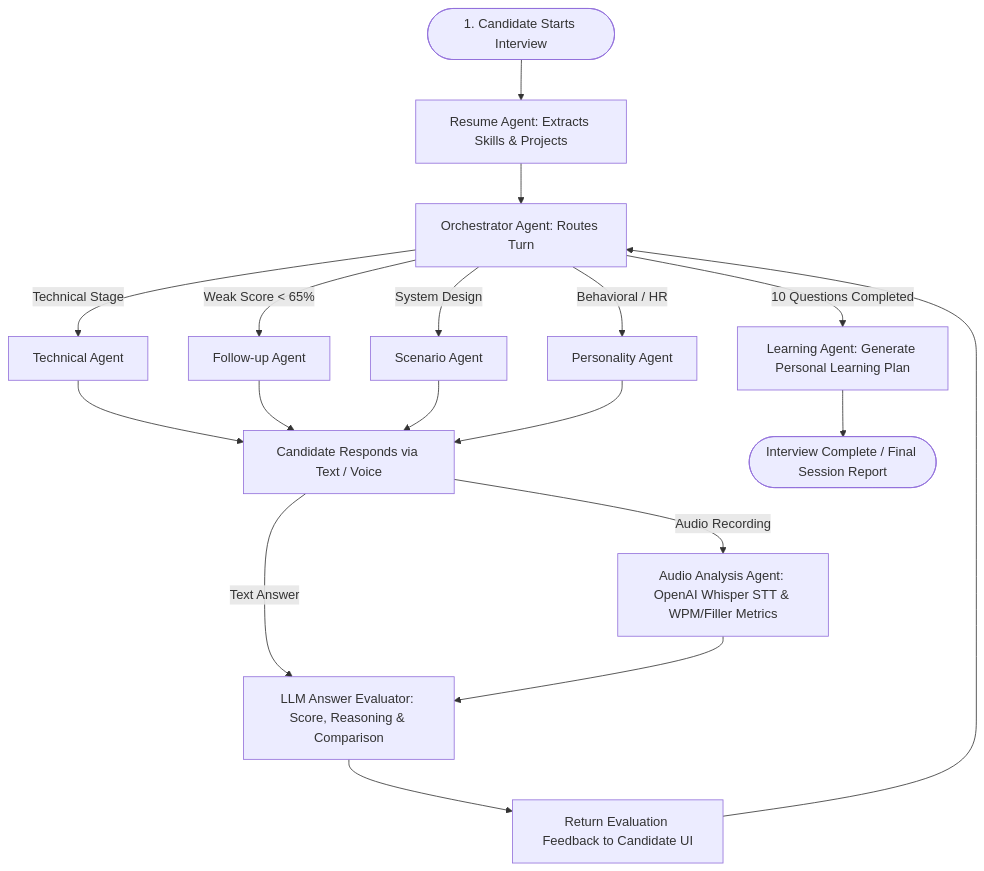
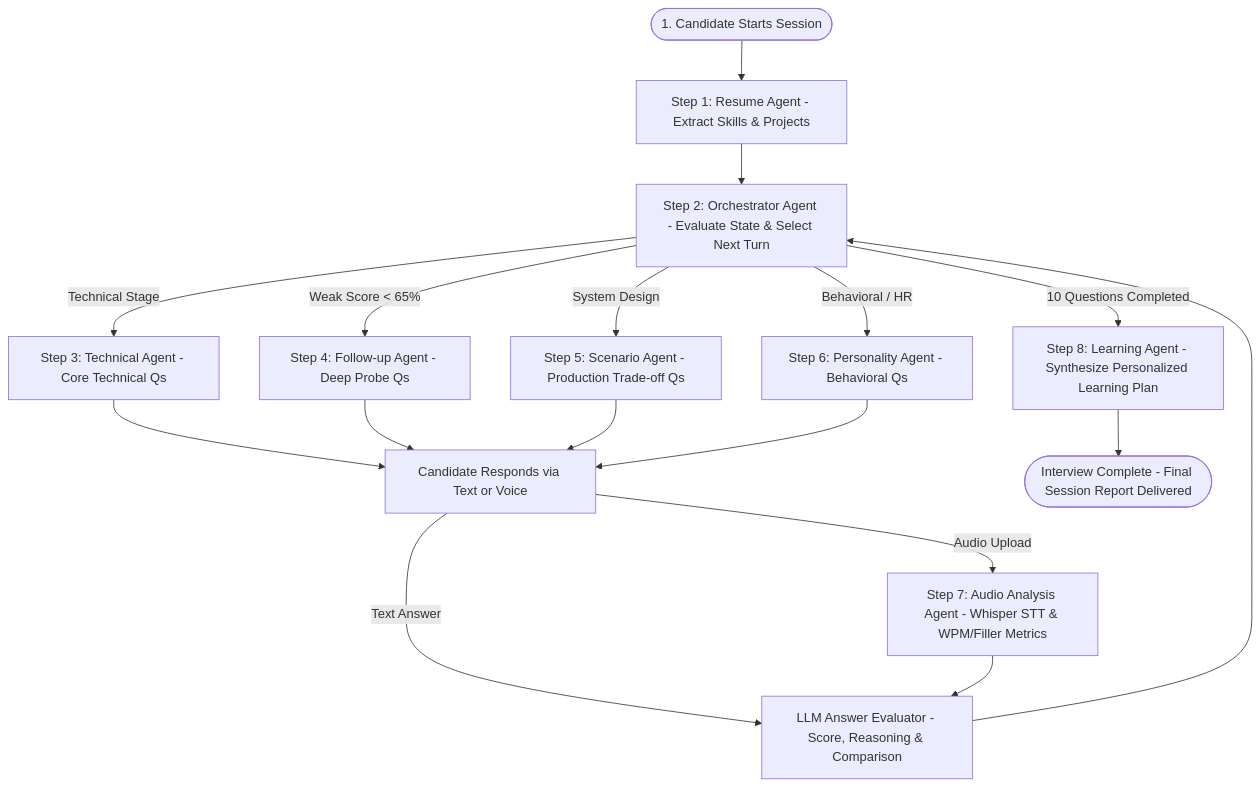
One commit to ShubhamPandey020525/Interview_Coach changed the diagram in README.md. Above: the diagram before and after it, drawn with Mermaid. The commit also changed other lines of this file, not shown here.

Commit message:
docs: add sequential multi-agent execution & communication breakdown for all 8 agents to README

````diff
--- a/README.md
+++ b/README.md
@@ -32,22 +34,21 @@
 ```mermaid
 flowchart TD
-    Start([1. Candidate Starts Interview]) --> Resume[Resume Agent: Extracts Skills & Projects]
-    Resume --> Orch[Orchestrator Agent: Routes Turn]
+    Start([1. Candidate Starts Session]) --> Resume[Step 1: Resume Agent - Extract Skills & Projects]
+    Resume --> Orch[Step 2: Orchestrator Agent - Evaluate State & Select Next Turn]
     
-    Orch -->|Technical Stage| Tech[Technical Agent]
-    Orch -->|Weak Score < 65%| Followup[Follow-up Agent]
-    Orch -->|System Design| Scenario[Scenario Agent]
-    Orch -->|Behavioral / HR| Personality[Personality Agent]
+    Orch -->|Technical Stage| Tech[Step 3: Technical Agent - Core Technical Qs]
+    Orch -->|Weak Score < 65%| Followup[Step 4: Follow-up Agent - Deep Probe Qs]
+    Orch -->|System Design| Scenario[Step 5: Scenario Agent - Production Trade-off Qs]
+    Orch -->|Behavioral / HR| Personality[Step 6: Personality Agent - Behavioral Qs]
     
-    Tech & Followup & Scenario & Personality --> CandidateAnswer[Candidate Responds via Text / Voice]
+    Tech & Followup & Scenario & Personality --> CandidateAnswer[Candidate Responds via Text or Voice]
     
-    CandidateAnswer -->|Audio Recording| AudioAgent[Audio Analysis Agent: OpenAI Whisper STT & WPM/Filler Metrics]
-    CandidateAnswer -->|Text Answer| LLMEval[LLM Answer Evaluator: Score, Reasoning & Comparison]
+    CandidateAnswer -->|Audio Upload| AudioAgent[Step 7: Audio Analysis Agent - Whisper STT & WPM/Filler Metrics]
+    CandidateAnswer -->|Text Answer| LLMEval[LLM Answer Evaluator - Score, Reasoning & Comparison]
     
     AudioAgent --> LLMEval
-    LLMEval --> PushResult[Return Evaluation Feedback to Candidate UI]
-    PushResult --> Orch
+    LLMEval --> Orch
     
-    Orch -->|10 Questions Completed| Learning[Learning Agent: Generate Personal Learning Plan]
-    Learning --> Complete([Interview Complete / Final Session Report])
+    Orch -->|10 Questions Completed| Learning[Step 8: Learning Agent - Synthesize Personalized Learning Plan]
+    Learning --> Complete([Interview Complete - Final Session Report Delivered])
 ```
````
